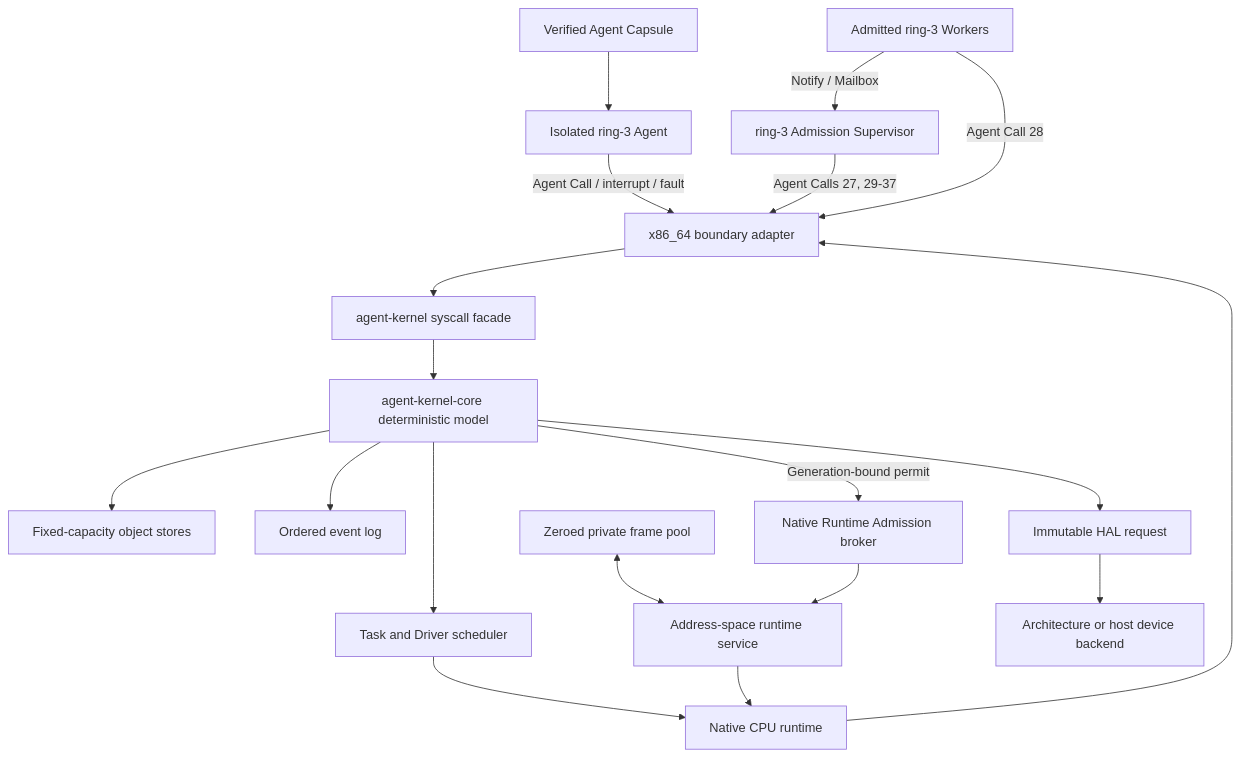
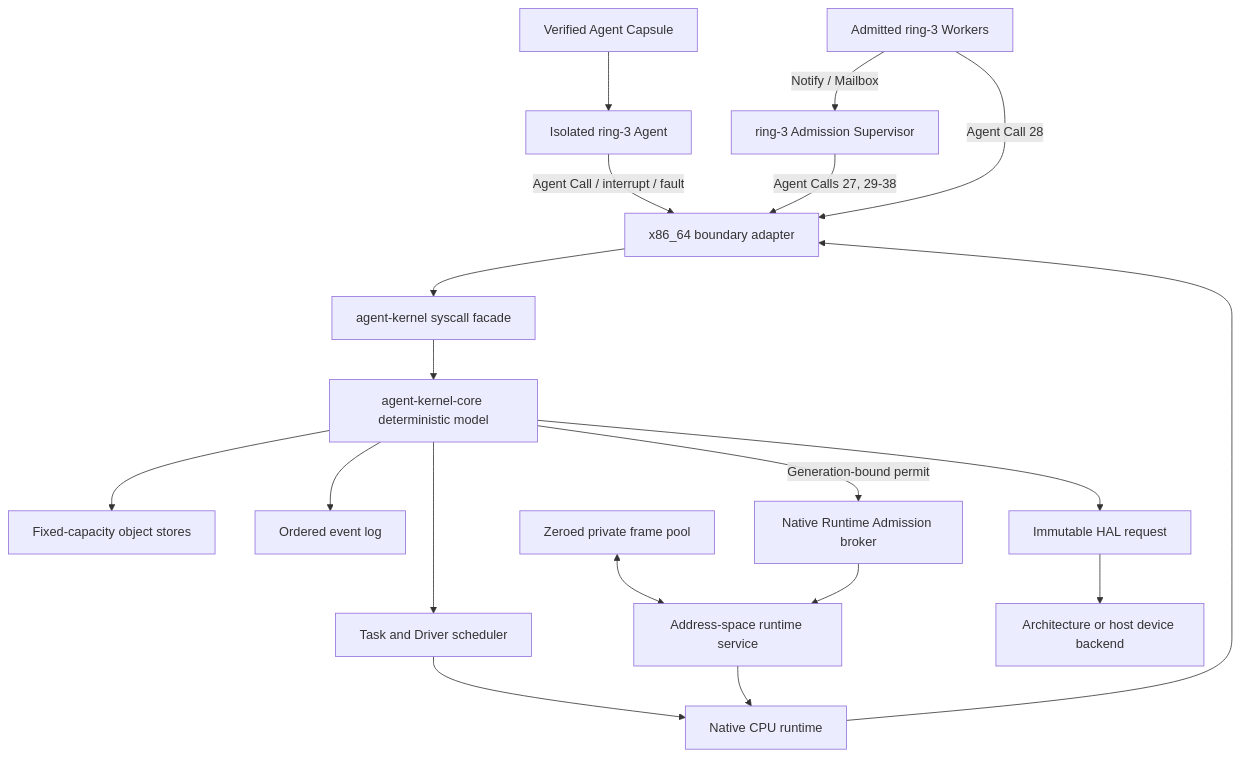
One commit to Evan-master/agent-kernel changed the diagram in README.md. Above: the diagram before and after it, drawn with Mermaid. The commit also changed other lines of this file and 59 other files, not shown here.

````diff
--- a/README.md
+++ b/README.md
@@ -246,21 +259,21 @@
 ```mermaid
 flowchart TB
     Capsule["Verified Agent Capsule"] --> Ring3["Isolated ring-3 Agent"]
     Ring3 -->|"Agent Call / interrupt / fault"| X86["x86_64 boundary adapter"]
     X86 --> Facade["agent-kernel syscall facade"]
     Facade --> Core["agent-kernel-core deterministic model"]
     Core --> Stores["Fixed-capacity object stores"]
     Core --> Events["Ordered event log"]
     Core --> Scheduler["Task and Driver scheduler"]
     Scheduler --> Runtime["Native CPU runtime"]
     Runtime --> X86
     FramePool["Zeroed private frame pool"] <--> AddressService["Address-space runtime service"]
     Broker["Native Runtime Admission broker"] --> AddressService
     Core -->|"Generation-bound permit"| Broker
     AddressService --> Runtime
     Core --> HAL["Immutable HAL request"]
     HAL --> Device["Architecture or host device backend"]
-    Supervisor["ring-3 Admission Supervisor"] -->|"Agent Calls 27, 29-37"| X86
+    Supervisor["ring-3 Admission Supervisor"] -->|"Agent Calls 27, 29-38"| X86
     Workers["Admitted ring-3 Workers"] -->|"Agent Call 28"| X86
     Workers -->|"Notify / Mailbox"| Supervisor
 ```
````
